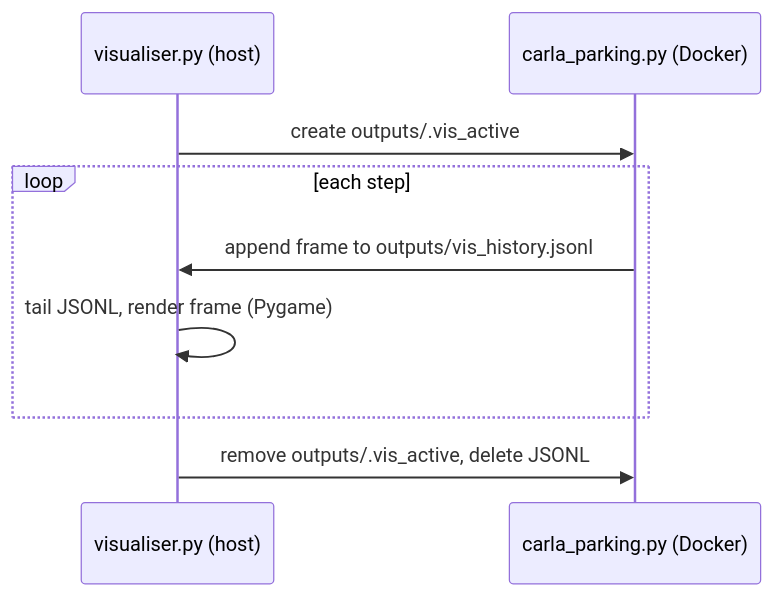
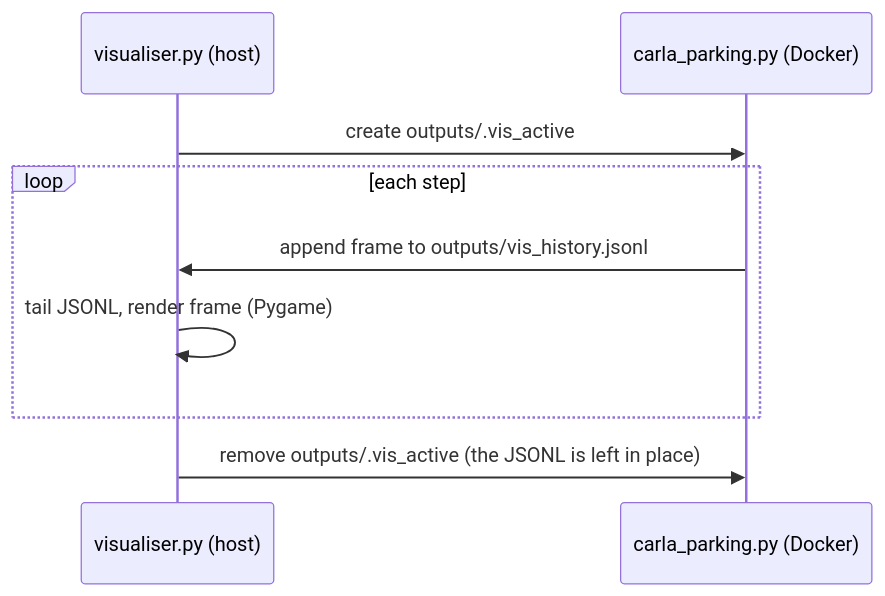
The diagram in scripts/visualise/README.md (Expo39/Uncertainty-Conditioned-RL-with-Evidential-Policy-Networks-for-Autonomous-Systems), drawn with Mermaid before and after one commit. The commit also changed other lines of this file and 6 other files, not shown here.

````diff
--- a/scripts/visualise/README.md
+++ b/scripts/visualise/README.md
@@ -26,12 +35,12 @@
 ```mermaid
 sequenceDiagram
     participant V as visualiser.py (host)
     participant E as carla_parking.py (Docker)
 
     V->>E: create outputs/.vis_active
     loop each step
         E->>V: append frame to outputs/vis_history.jsonl
         V->>V: tail JSONL, render frame (Pygame)
     end
-    V->>E: remove outputs/.vis_active, delete JSONL
+    V->>E: remove outputs/.vis_active (the JSONL is left in place)
 ```
````
